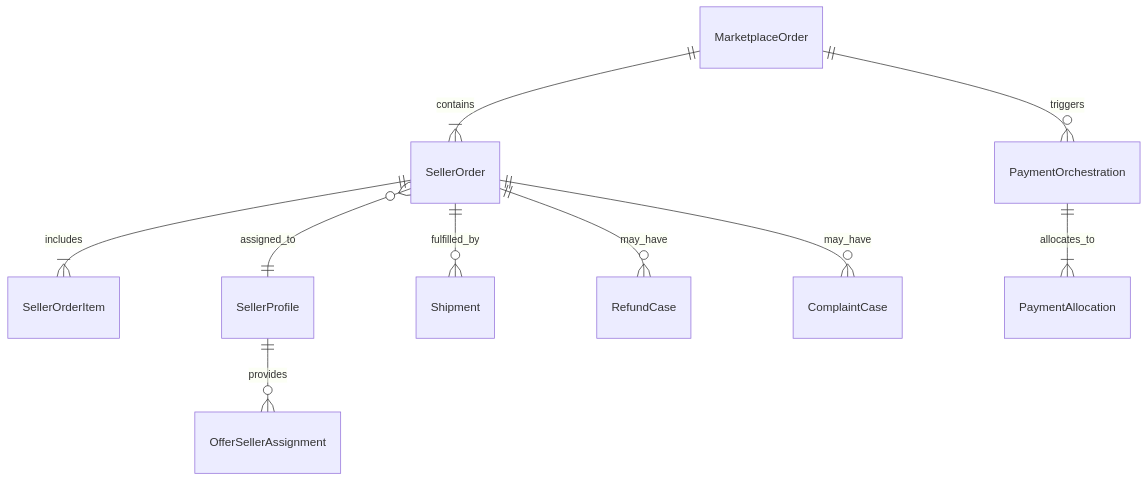
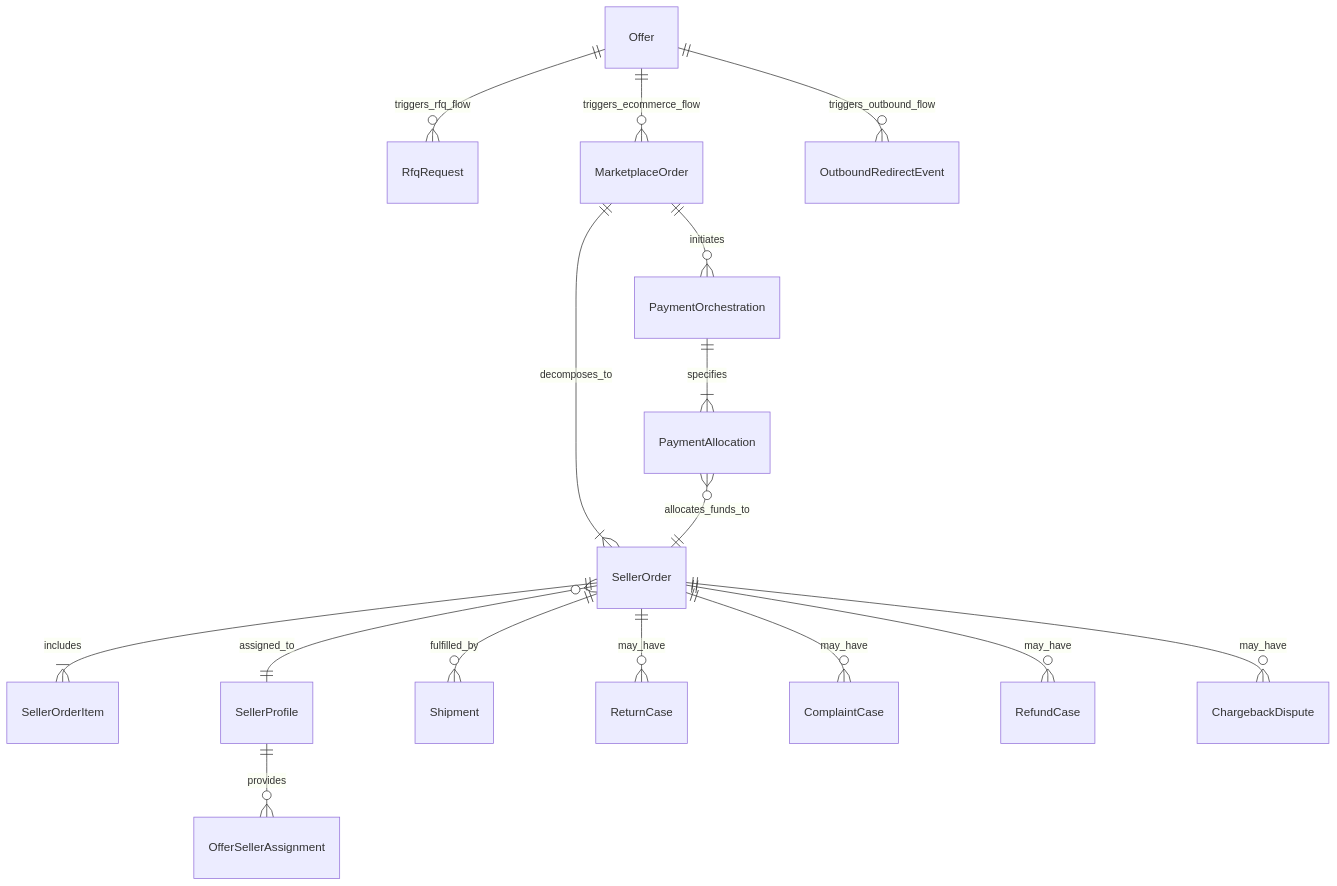
The diagram in docs/domain/lm-marketplace-data-model-56b0-logical-model.md (pfipl1975/logimarket_marketplace), drawn with Mermaid before and after one commit. The commit also changed other lines of this file and 4 other files, not shown here.

````diff
--- a/docs/domain/lm-marketplace-data-model-56b0-logical-model.md
+++ b/docs/domain/lm-marketplace-data-model-56b0-logical-model.md
@@ -183,12 +196,21 @@
 ```mermaid
 erDiagram
-    MarketplaceOrder ||--|{ SellerOrder : contains
-    MarketplaceOrder ||--o{ PaymentOrchestration : triggers
+    Offer ||--o{ RfqRequest : triggers_rfq_flow
+    Offer ||--o{ MarketplaceOrder : triggers_ecommerce_flow
+    Offer ||--o{ OutboundRedirectEvent : triggers_outbound_flow
+    
+    MarketplaceOrder ||--|{ SellerOrder : decomposes_to
+    MarketplaceOrder ||--o{ PaymentOrchestration : initiates
+    
+    PaymentOrchestration ||--|{ PaymentAllocation : specifies
+    PaymentAllocation }o--|| SellerOrder : allocates_funds_to
+    
     SellerOrder ||--|{ SellerOrderItem : includes
     SellerOrder }o--|| SellerProfile : assigned_to
-    PaymentOrchestration ||--|{ PaymentAllocation : allocates_to
     SellerOrder ||--o{ Shipment : fulfilled_by
+    SellerOrder ||--o{ ReturnCase : may_have
+    SellerOrder ||--o{ ComplaintCase : may_have
     SellerOrder ||--o{ RefundCase : may_have
-    SellerOrder ||--o{ ComplaintCase : may_have
+    SellerOrder ||--o{ ChargebackDispute : may_have
     SellerProfile ||--o{ OfferSellerAssignment : provides
 ```
````
